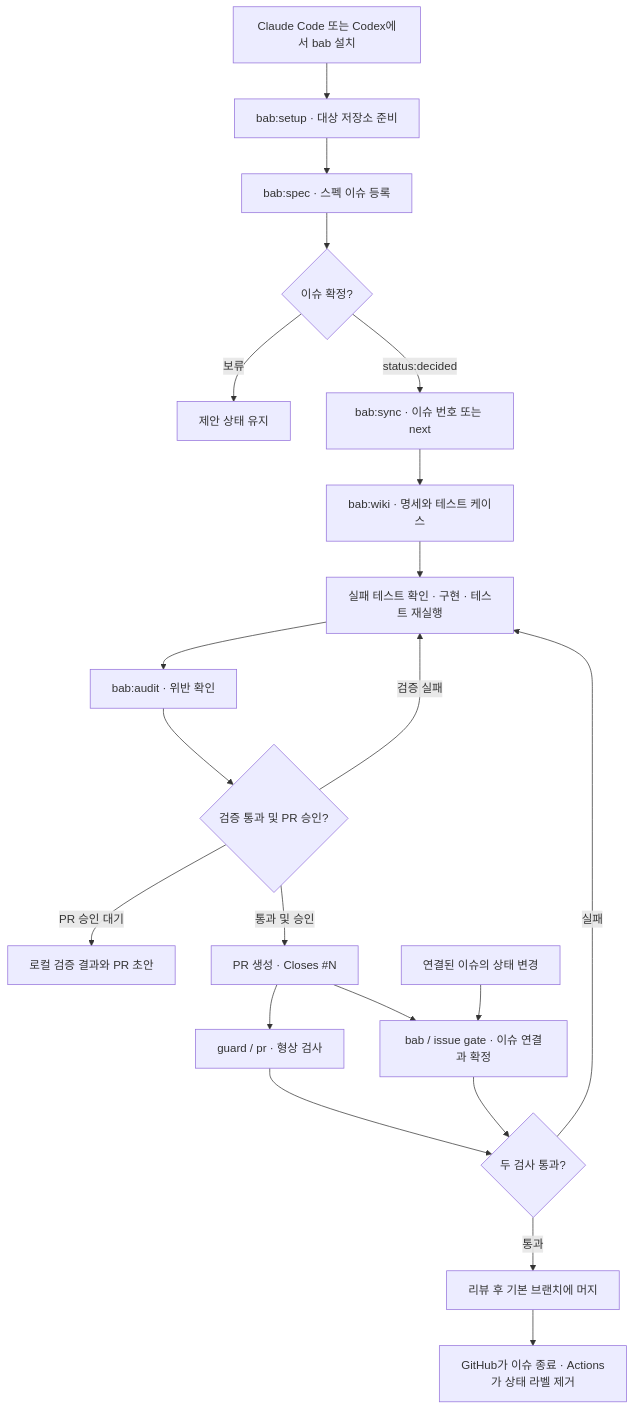
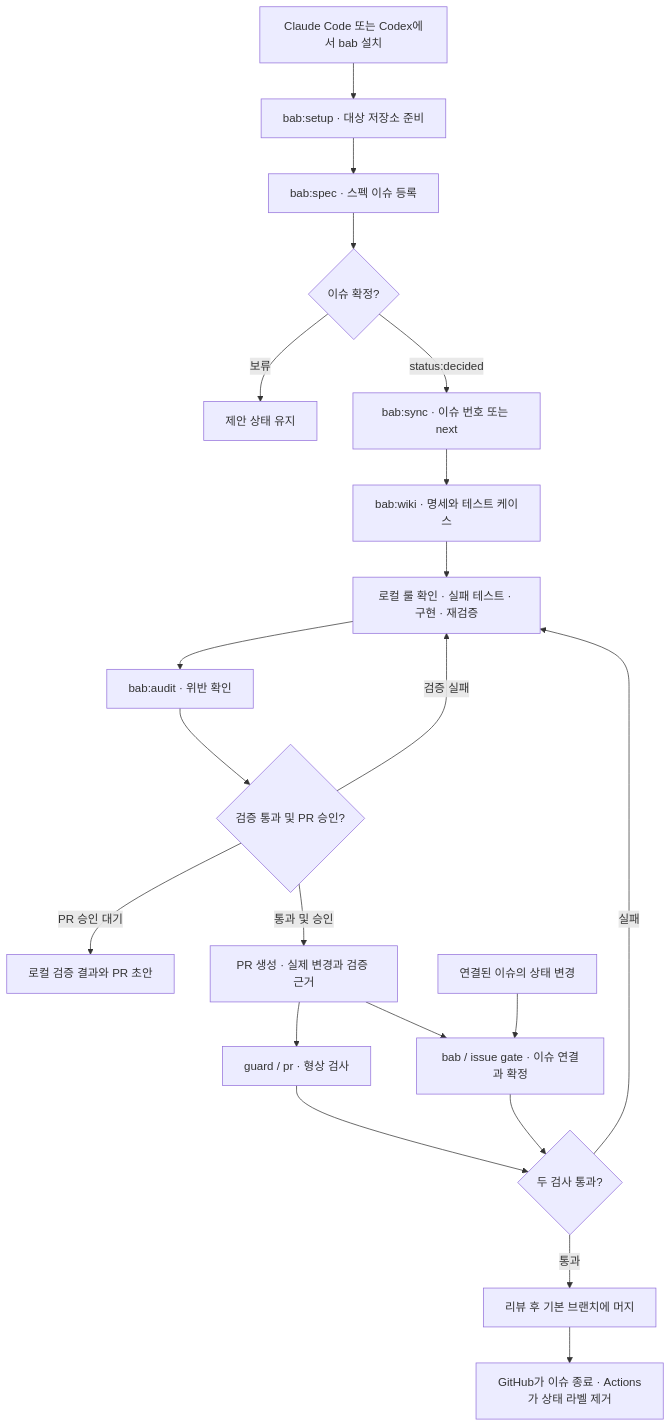
Before and after one commit to freevue/bab-skill: the diagram in docs/workflow.md, drawn with Mermaid. The commit also changed other lines of this file and 18 other files, not shown here.

````diff
--- a/docs/workflow.md
+++ b/docs/workflow.md
@@ -20,23 +20,23 @@
 ```mermaid
 flowchart TD
   install["Claude Code 또는 Codex에서 bab 설치"] --> setup["bab:setup · 대상 저장소 준비"]
   setup --> spec["bab:spec · 스펙 이슈 등록"]
   spec --> decide{"이슈 확정?"}
   decide -->|보류| proposed["제안 상태 유지"]
   decide -->|status:decided| sync["bab:sync · 이슈 번호 또는 next"]
   sync --> wiki["bab:wiki · 명세와 테스트 케이스"]
-  wiki --> implementation["실패 테스트 확인 · 구현 · 테스트 재실행"]
+  wiki --> implementation["로컬 룰 확인 · 실패 테스트 · 구현 · 재검증"]
   implementation --> audit["bab:audit · 위반 확인"]
   audit --> publish{"검증 통과 및 PR 승인?"}
   publish -->|검증 실패| implementation
   publish -->|PR 승인 대기| local["로컬 검증 결과와 PR 초안"]
-  publish -->|통과 및 승인| pr["PR 생성 · Closes #N"]
+  publish -->|통과 및 승인| pr["PR 생성 · 실제 변경과 검증 근거"]
   pr --> shape["guard / pr · 형상 검사"]
   pr --> gate["bab / issue gate · 이슈 연결과 확정"]
   state["연결된 이슈의 상태 변경"] --> gate
   shape --> guard{"두 검사 통과?"}
   gate --> guard
   guard -->|실패| implementation
   guard -->|통과| review["리뷰 후 기본 브랜치에 머지"]
   review --> closed["GitHub가 이슈 종료 · Actions가 상태 라벨 제거"]
 ```
````
